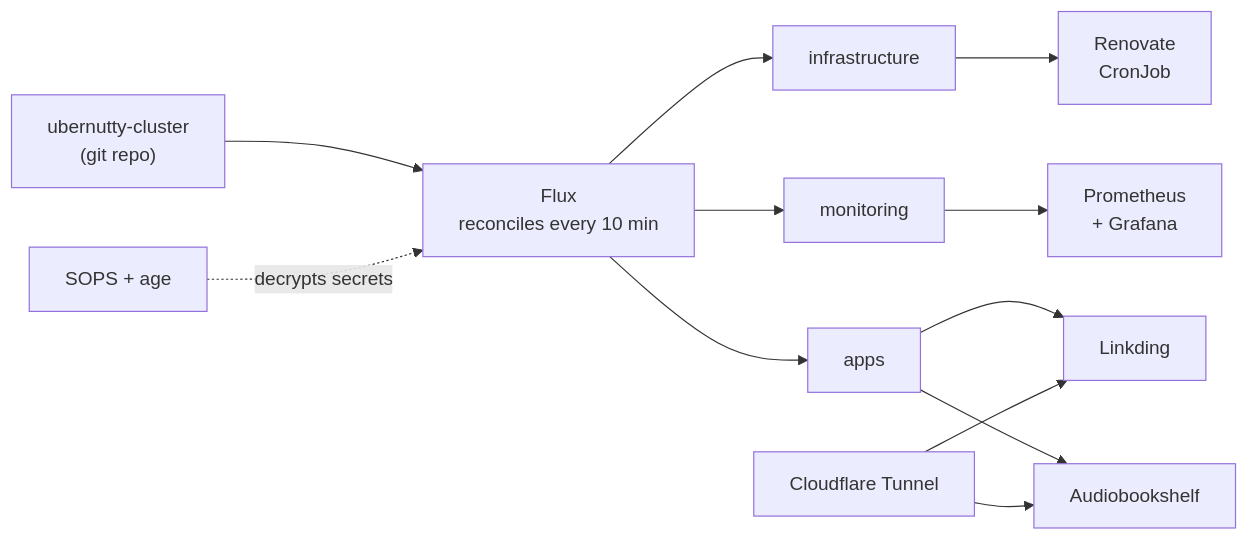
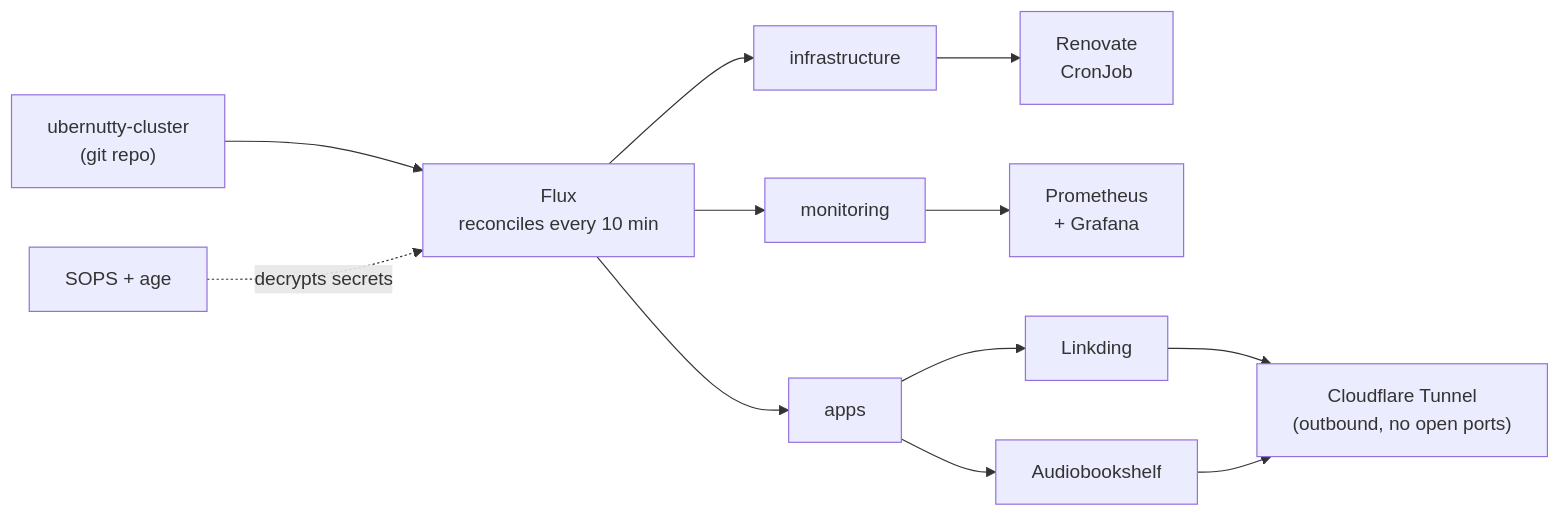
Before and after one commit to MechHead777/MechHead777: the diagram in README.md, drawn with Mermaid. The commit also changed 1 other file, not shown here.

Commit message:
Uncross diagram edges and add CI validation for mermaid syntax
Cloudflare Tunnel now sits downstream of the services, which removes the
crossing edges and matches how cloudflared actually connects (outbound).

````diff
--- a/README.md
+++ b/README.md
@@ -15,14 +15,14 @@
 ```mermaid
 flowchart LR
   R["ubernutty-cluster<br/>(git repo)"] --> F["Flux<br/>reconciles every 10 min"]
   S["SOPS + age"] -. decrypts secrets .-> F
   F --> I[infrastructure]
   F --> M[monitoring]
   F --> A[apps]
   I --> RN["Renovate<br/>CronJob"]
   M --> P["Prometheus<br/>+ Grafana"]
   A --> L[Linkding]
   A --> AB[Audiobookshelf]
-  CF["Cloudflare Tunnel"] --> L
-  CF --> AB
+  L --> CF["Cloudflare Tunnel<br/>(outbound, no open ports)"]
+  AB --> CF
 ```
````
